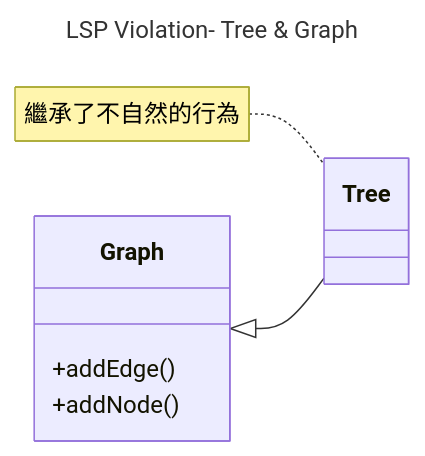
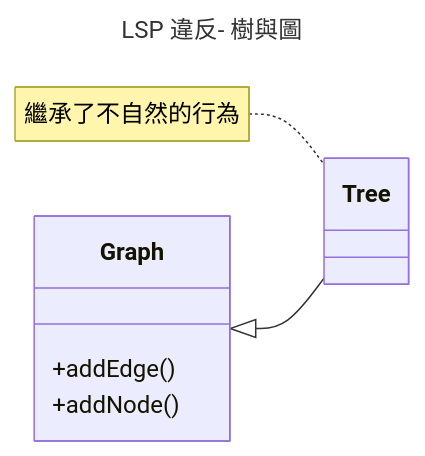
One commit to nlhsueh/teach_sw_fw changed the sixth of 17 diagrams in Part3_Principle/ch08_oo.md. Above: the diagram before and after it, drawn with Mermaid. The commit also changed other lines of this file and 1 other file, not shown here.

Commit message:
style: translate diagram titles and notes to Chinese in ch07 and ch08

````diff
--- a/Part3_Principle/ch08_oo.md
+++ b/Part3_Principle/ch08_oo.md
@@ -402,15 +402,15 @@
 ```mermaid
 ---
-title: LSP Violation- Tree & Graph
+title: LSP 違反- 樹與圖
 ---
 classDiagram
     direction LR
     class Graph {
         +addEdge()
         +addNode()
     }
     class Tree
     Graph <|-- Tree
 
     note for Tree "繼承了不自然的行為"
 ```
````
